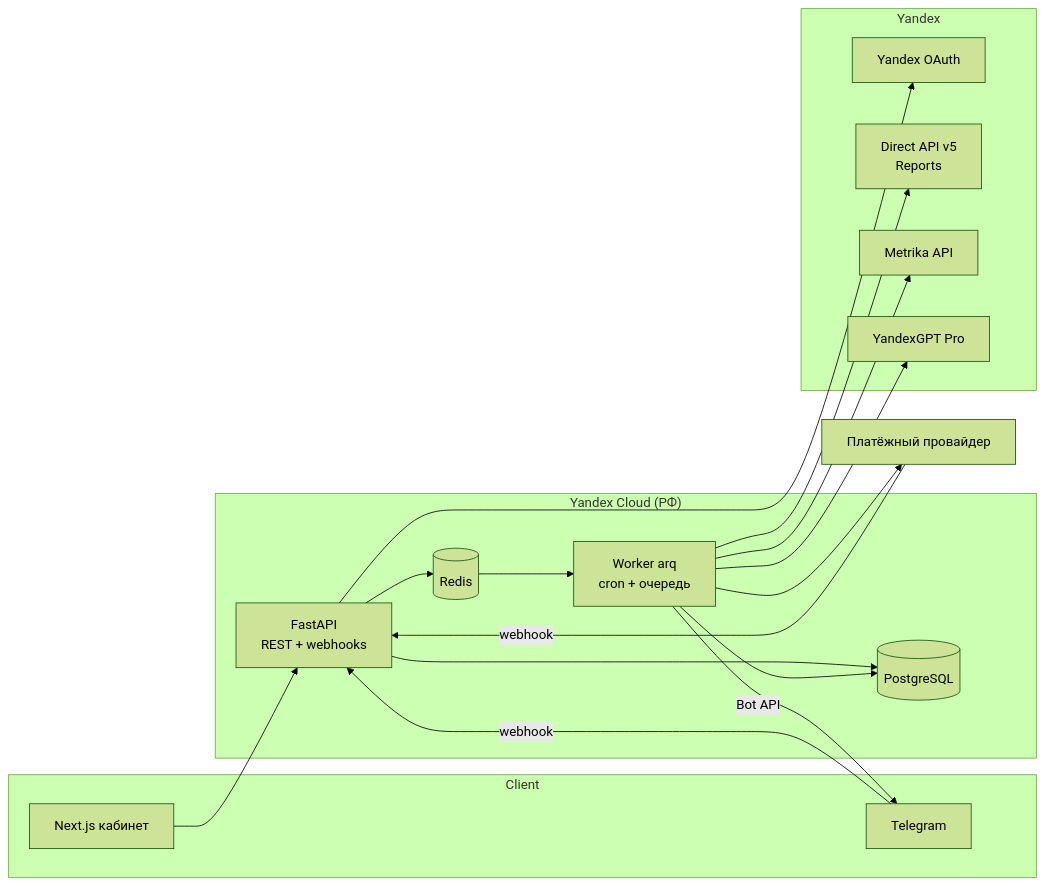
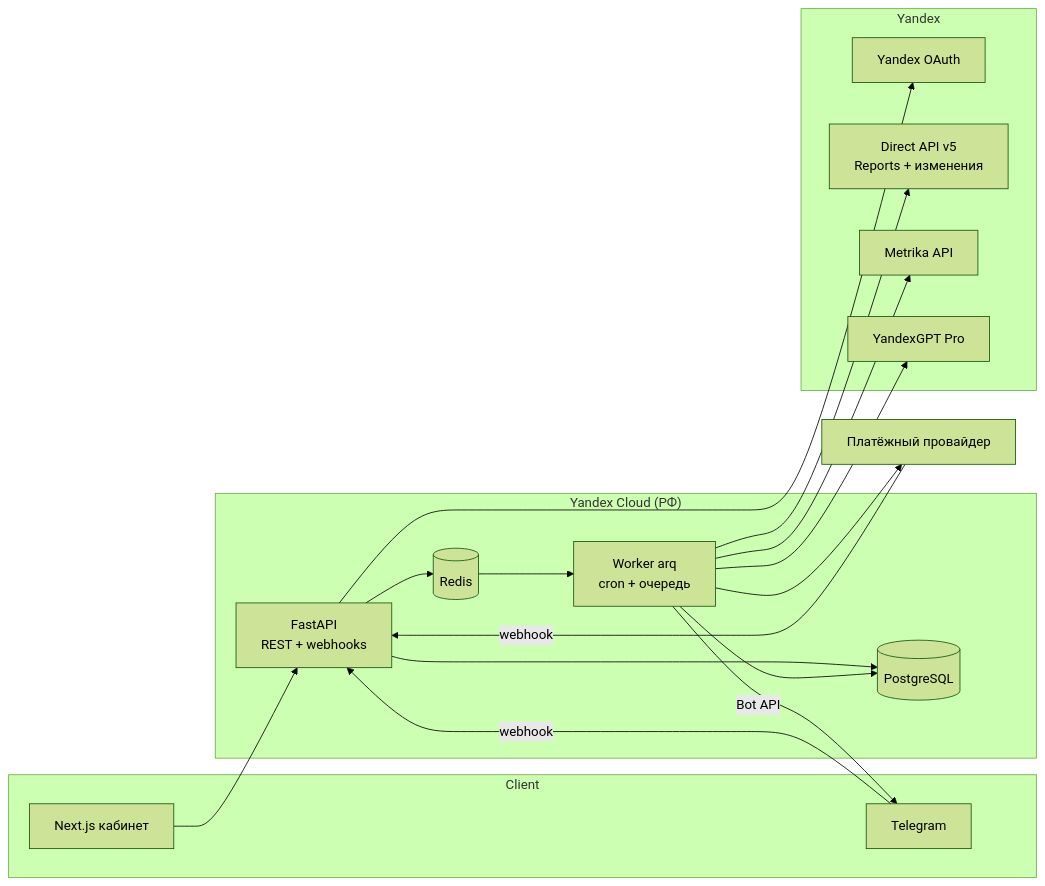
Before and after one commit to woorldmun-commits/ai-direct: the diagram in docs/ARCHITECTURE.md, drawn with Mermaid (forest theme). The commit also changed other lines of this file and 3 other files, not shown here.

First line of the commit message:
docs: align architecture, data model, API contract and legal with PRD v1.0

````diff
--- a/docs/ARCHITECTURE.md
+++ b/docs/ARCHITECTURE.md
@@ -7,37 +7,37 @@
 ```mermaid
 flowchart LR
   subgraph Client
     WEB[Next.js кабинет]
     TG[Telegram]
   end
 
   subgraph RF["Yandex Cloud (РФ)"]
     API[FastAPI<br/>REST + webhooks]
     WRK[Worker arq<br/>cron + очередь]
     PG[(PostgreSQL)]
     RD[(Redis)]
   end
 
   subgraph Yandex
     OAUTH[Yandex OAuth]
-    DIRECT[Direct API v5<br/>Reports]
+    DIRECT[Direct API v5<br/>Reports + изменения]
     METRIKA[Metrika API]
     YGPT[YandexGPT Pro]
   end
 
   PAY[Платёжный провайдер]
 
   WEB --> API
   TG -->|webhook| API
   API --> PG
   API --> RD
   WRK --> PG
   RD --> WRK
   API --> OAUTH
   WRK --> DIRECT
   WRK --> METRIKA
   WRK --> YGPT
   WRK -->|Bot API| TG
   PAY -->|webhook| API
   WRK --> PAY
 ```
````
